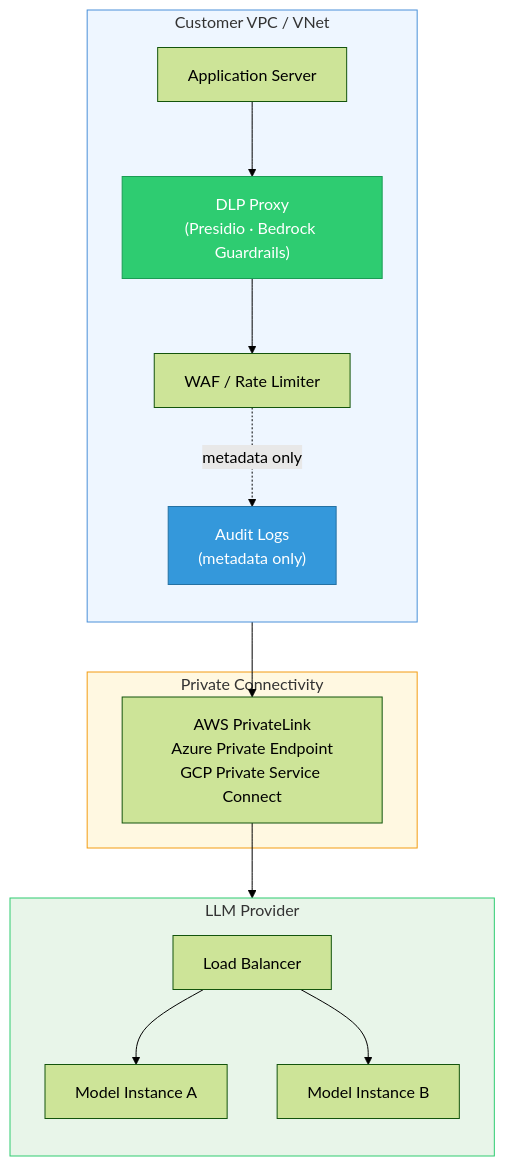
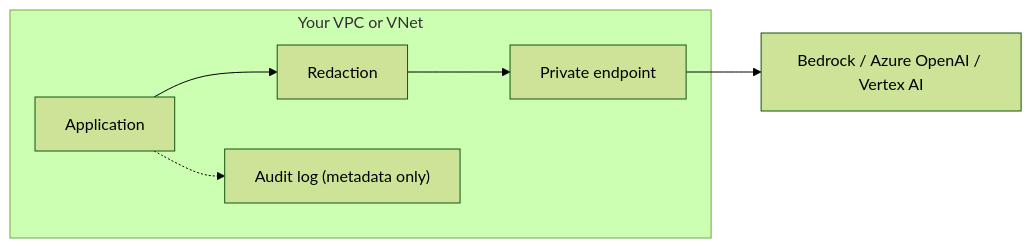
Before and after one commit to abubakarsiddik31/zdr: the first of 4 diagrams in docs/architectures.md, drawn with Mermaid (forest theme). The commit also changed other lines of this file and 23 other files, not shown here.

````diff
--- a/docs/architectures.md
+++ b/docs/architectures.md
@@ -9,35 +11,9 @@
 ```mermaid
-flowchart TB
-    subgraph CustomerVPC["Customer VPC / VNet"]
-        direction TB
-        App["Application Server"]
-        DLP["DLP Proxy\n(Presidio · Bedrock Guardrails)"]
-        Logs["Audit Logs\n(metadata only)"]
-        WAF["WAF / Rate Limiter"]
+flowchart LR
+    subgraph VPC["Your VPC or VNet"]
+        App["Application"] --> Redact["Redaction"]
+        Redact --> PE["Private endpoint"]
+        App -.-> Logs["Audit log (metadata only)"]
     end
-
-    subgraph PrivateLink["Private Connectivity"]
-        PE["AWS PrivateLink\nAzure Private Endpoint\nGCP Private Service Connect"]
-    end
-
-    subgraph Provider["LLM Provider"]
-        direction TB
-        LB["Load Balancer"]
-        GPU1["Model Instance A"]
-        GPU2["Model Instance B"]
-        LB --> GPU1
-        LB --> GPU2
-    end
-
-    App --> DLP
-    DLP --> WAF
-    WAF -.->|"metadata only"| Logs
-    WAF --> PE
-    PE --> LB
-
-    style CustomerVPC fill:#eef6ff,stroke:#4a90d9
-    style PrivateLink fill:#fff8e1,stroke:#f39c12
-    style Provider fill:#e8f5e9,stroke:#2ecc71
-    style DLP fill:#2ecc71,stroke:#1a9c54,color:#fff
-    style Logs fill:#3498db,stroke:#2471a3,color:#fff
+    PE --> Model["Bedrock / Azure OpenAI / Vertex AI"]
 ```
````
